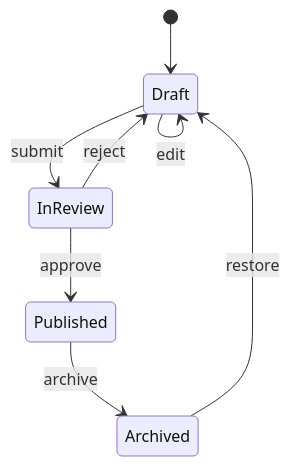
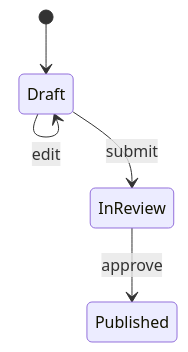
Before and after one commit to dikshant-dwivedi/state-pattern-document-workflow: the first of 5 diagrams in POST_READ.md, drawn with Mermaid. The commit also changed other lines of this file, not shown here.

````diff
--- a/POST_READ.md
+++ b/POST_READ.md
@@ -30,10 +23,7 @@
 ```mermaid
 stateDiagram-v2
     [*] --> Draft
     Draft --> Draft: edit
     Draft --> InReview: submit
-    InReview --> Draft: reject
     InReview --> Published: approve
-    Published --> Archived: archive
-    Archived --> Draft: restore
 ```
````
